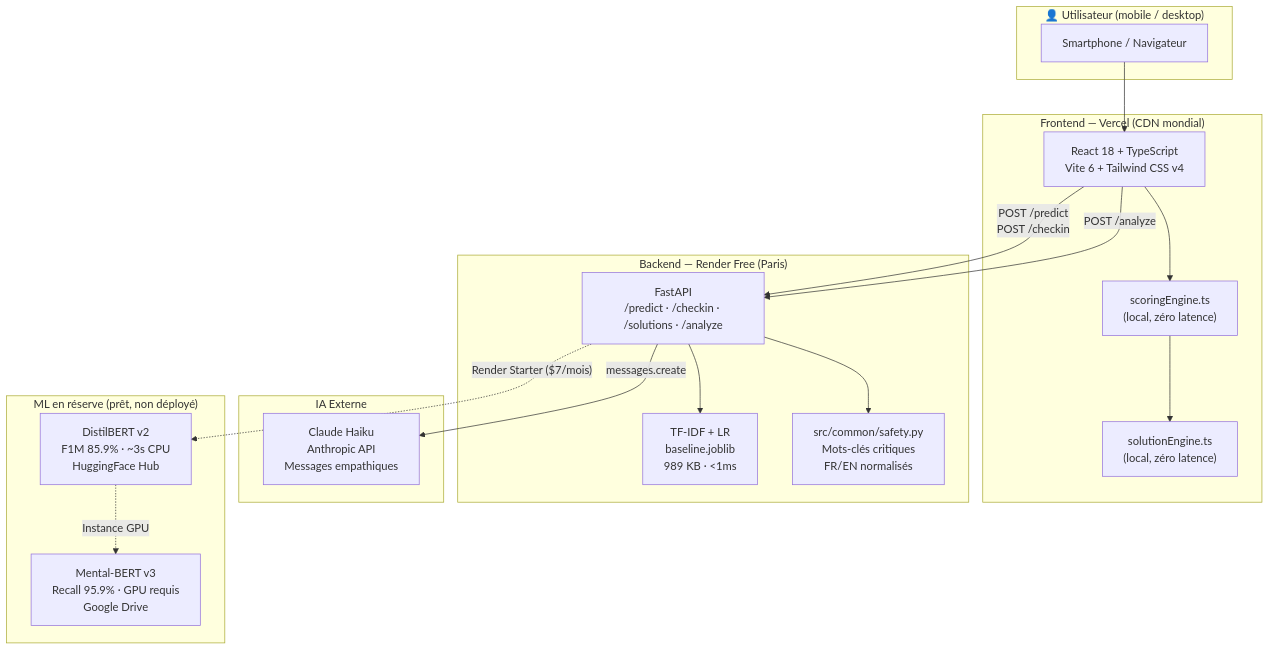
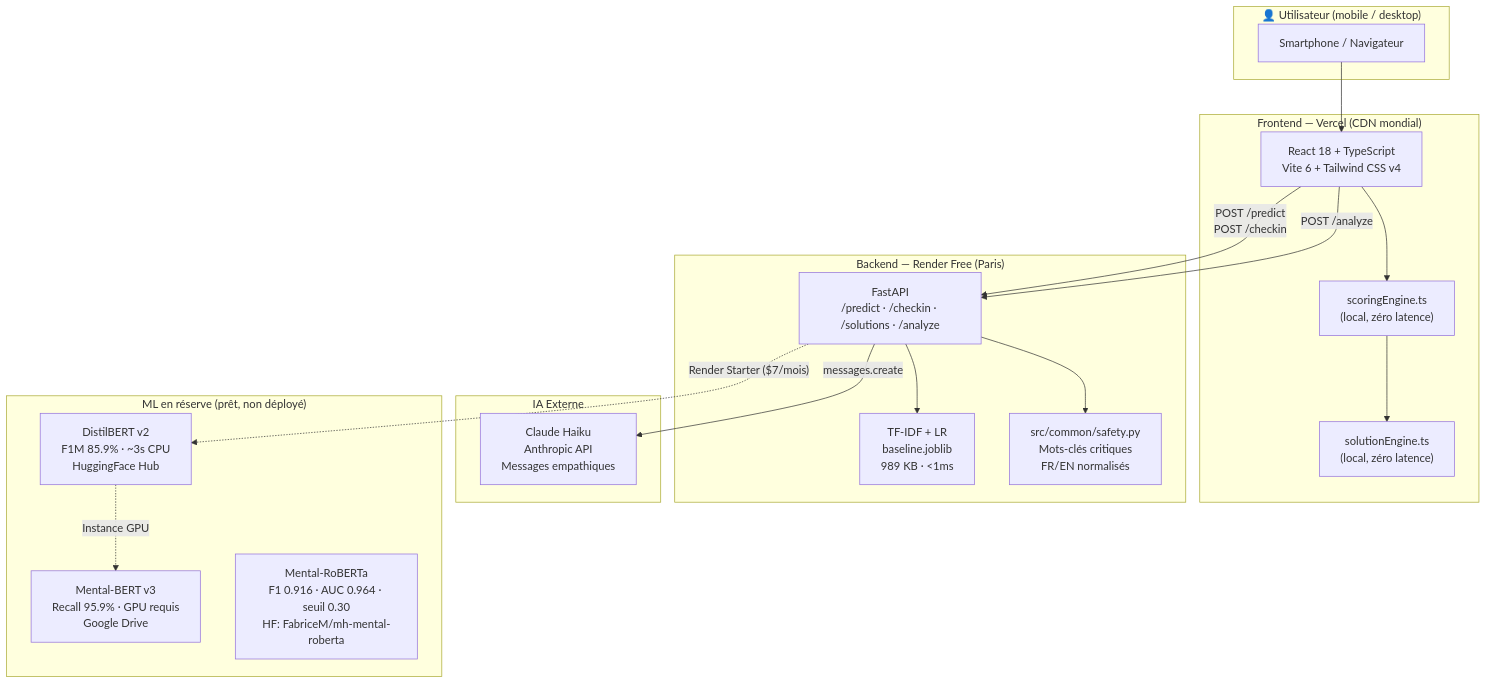
Before and after one commit to fmoncaut/mental-health-signal-detector: the first of 6 diagrams in docs/synthesis.md, drawn with Mermaid. The commit also changed other lines of this file, not shown here.

First line of the commit message:
docs(synthesis): phase 9 Mental-RoBERTa — évaluation + déploiement

````diff
--- a/docs/synthesis.md
+++ b/docs/synthesis.md
@@ -69,37 +83,38 @@
 ```mermaid
 graph TB
     subgraph USER["👤 Utilisateur (mobile / desktop)"]
         U[Smartphone / Navigateur]
     end
 
     subgraph FRONT["Frontend — Vercel (CDN mondial)"]
         FE["React 18 + TypeScript\nVite 6 + Tailwind CSS v4"]
         SE["scoringEngine.ts\n(local, zéro latence)"]
         SOL["solutionEngine.ts\n(local, zéro latence)"]
         FE --> SE --> SOL
     end
 
     subgraph BACK["Backend — Render Free (Paris)"]
         API["FastAPI\n/predict · /checkin · /solutions · /analyze"]
         LR["TF-IDF + LR\nbaseline.joblib\n989 KB · <1ms"]
         SAFETY["src/common/safety.py\nMots-clés critiques\nFR/EN normalisés"]
         API --> LR
         API --> SAFETY
     end
 
     subgraph AI["IA Externe"]
         CL["Claude Haiku\nAnthropic API\nMessages empathiques"]
     end
 
     subgraph MLREADY["ML en réserve (prêt, non déployé)"]
         DB2["DistilBERT v2\nF1M 85.9% · ~3s CPU\nHuggingFace Hub"]
         MB3["Mental-BERT v3\nRecall 95.9% · GPU requis\nGoogle Drive"]
+        MR["Mental-RoBERTa\nF1 0.916 · AUC 0.964 · seuil 0.30\nHF: FabriceM/mh-mental-roberta"]
     end
 
     U --> FE
     FE -->|"POST /predict\nPOST /checkin"| API
     FE -->|"POST /analyze"| API
     API -->|"messages.create"| CL
     API -.->|"Render Starter ($7/mois)"| DB2
     DB2 -.->|"Instance GPU"| MB3
 ```
````
